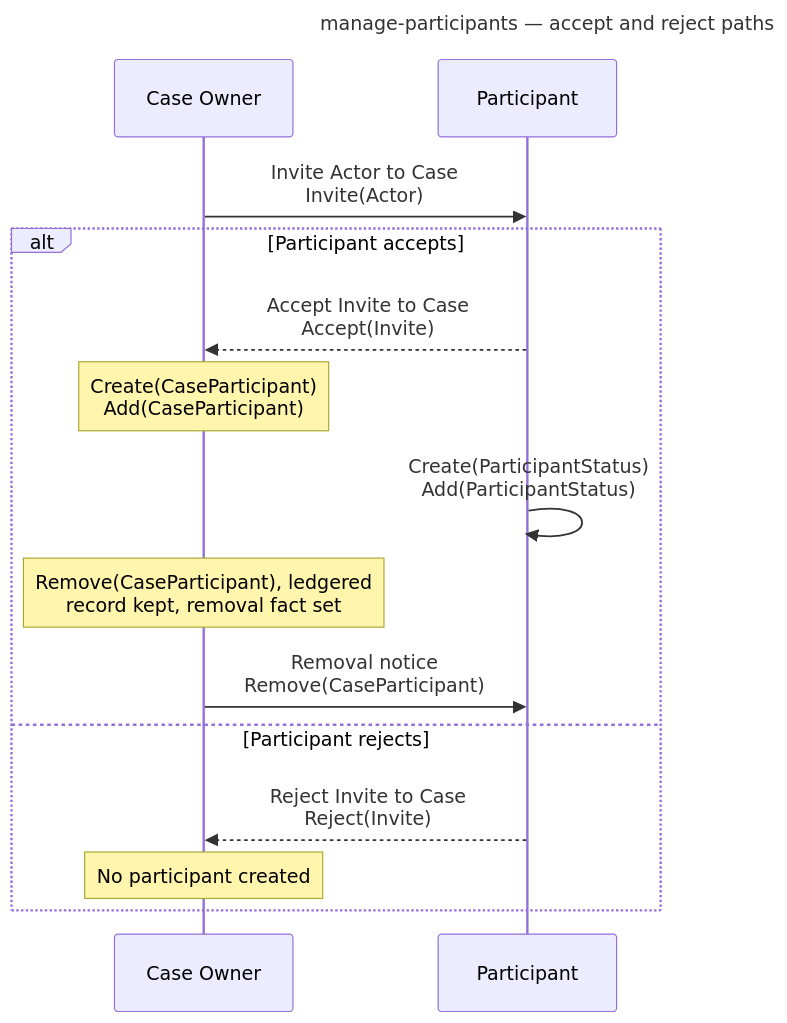
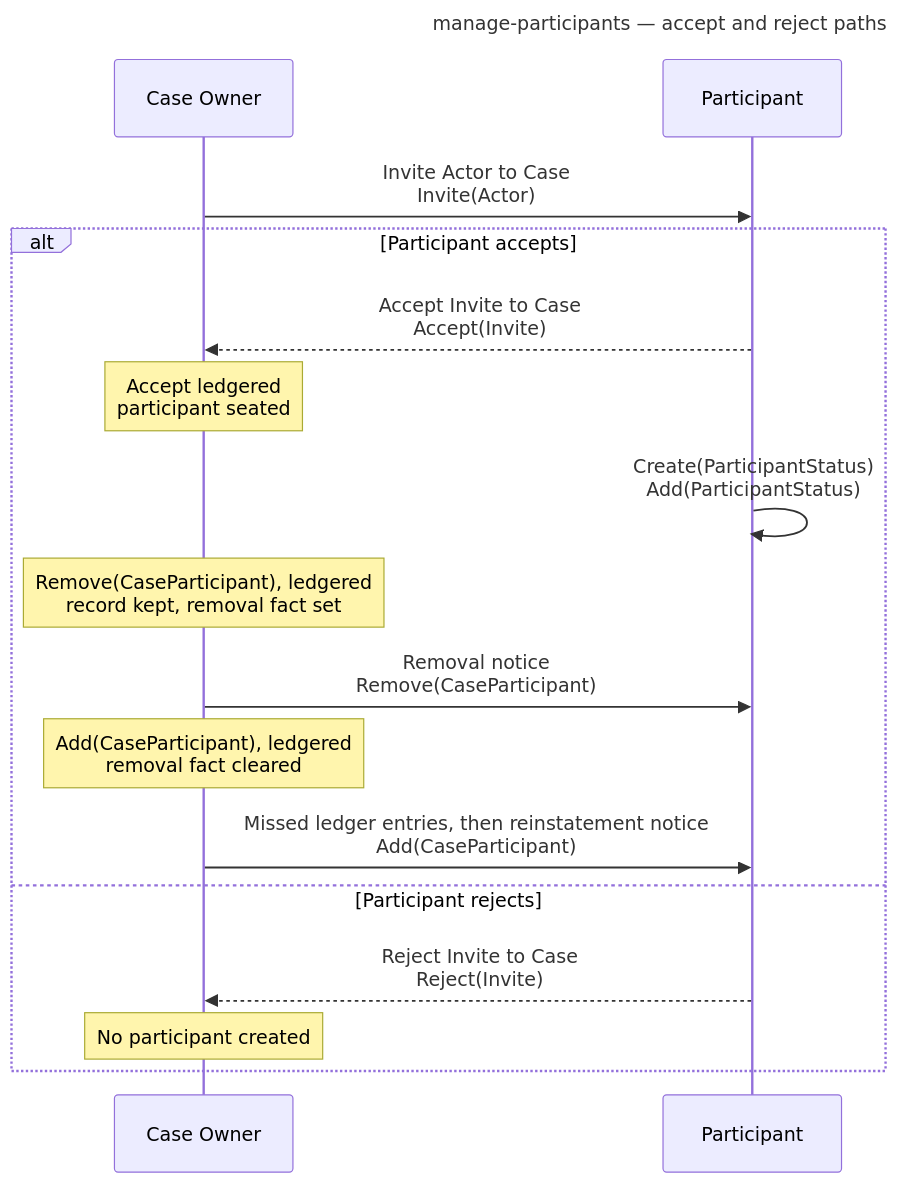
Before and after one commit to CERTCC/Vultron: the third of 9 diagrams in docs/tutorials/other_demos.md, drawn with Mermaid. The commit also changed other lines of this file and 51 other files, not shown here.

````diff
--- a/docs/tutorials/other_demos.md
+++ b/docs/tutorials/other_demos.md
@@ -168,20 +169,22 @@
 ```mermaid
 ---
 title: manage-participants — accept and reject paths
 ---
 sequenceDiagram
     participant O as Case Owner
     participant P as Participant
 
     O->>P: Invite Actor to Case<br/>Invite(Actor)
     alt Participant accepts
         P-->>O: Accept Invite to Case<br/>Accept(Invite)
-        Note over O: Create(CaseParticipant)<br/>Add(CaseParticipant)
+        Note over O: Accept ledgered<br/>participant seated
         P->>P: Create(ParticipantStatus)<br/>Add(ParticipantStatus)
         Note over O: Remove(CaseParticipant), ledgered<br/>record kept, removal fact set
         O->>P: Removal notice<br/>Remove(CaseParticipant)
+        Note over O: Add(CaseParticipant), ledgered<br/>removal fact cleared
+        O->>P: Missed ledger entries, then reinstatement notice<br/>Add(CaseParticipant)
     else Participant rejects
         P-->>O: Reject Invite to Case<br/>Reject(Invite)
         Note over O: No participant created
     end
 ```
````
